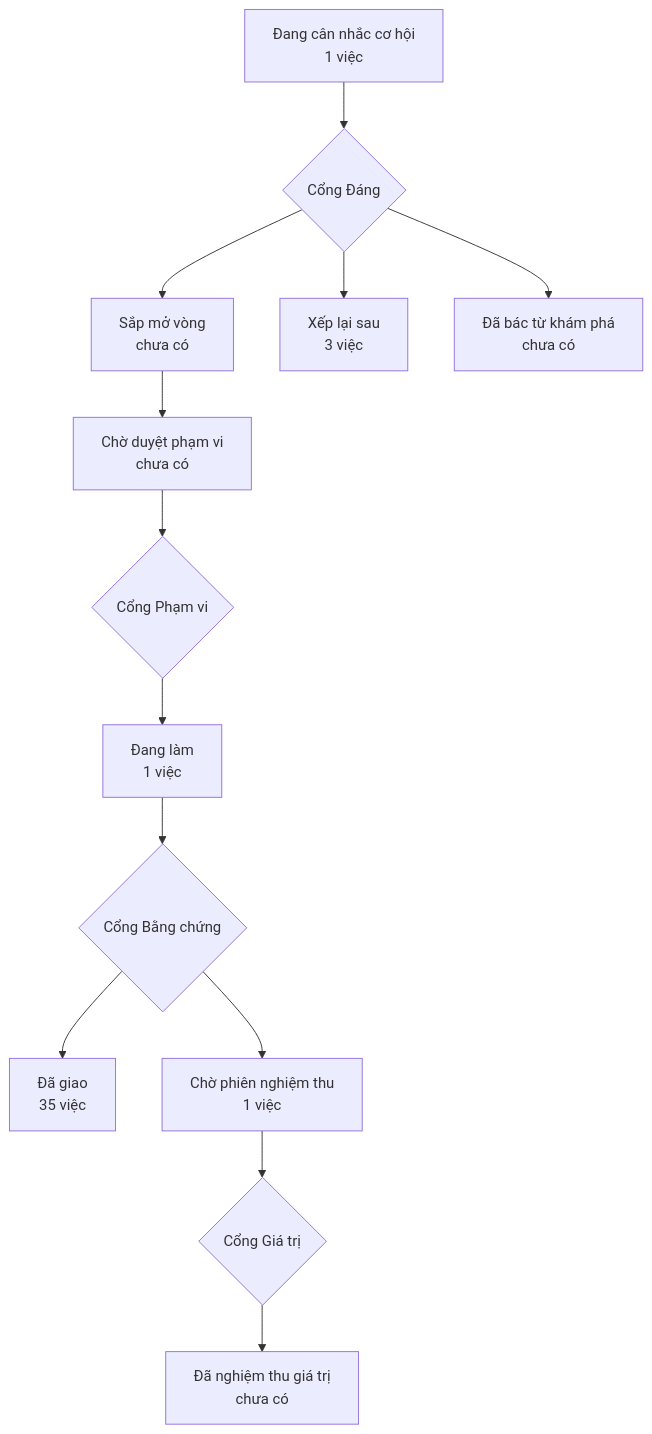
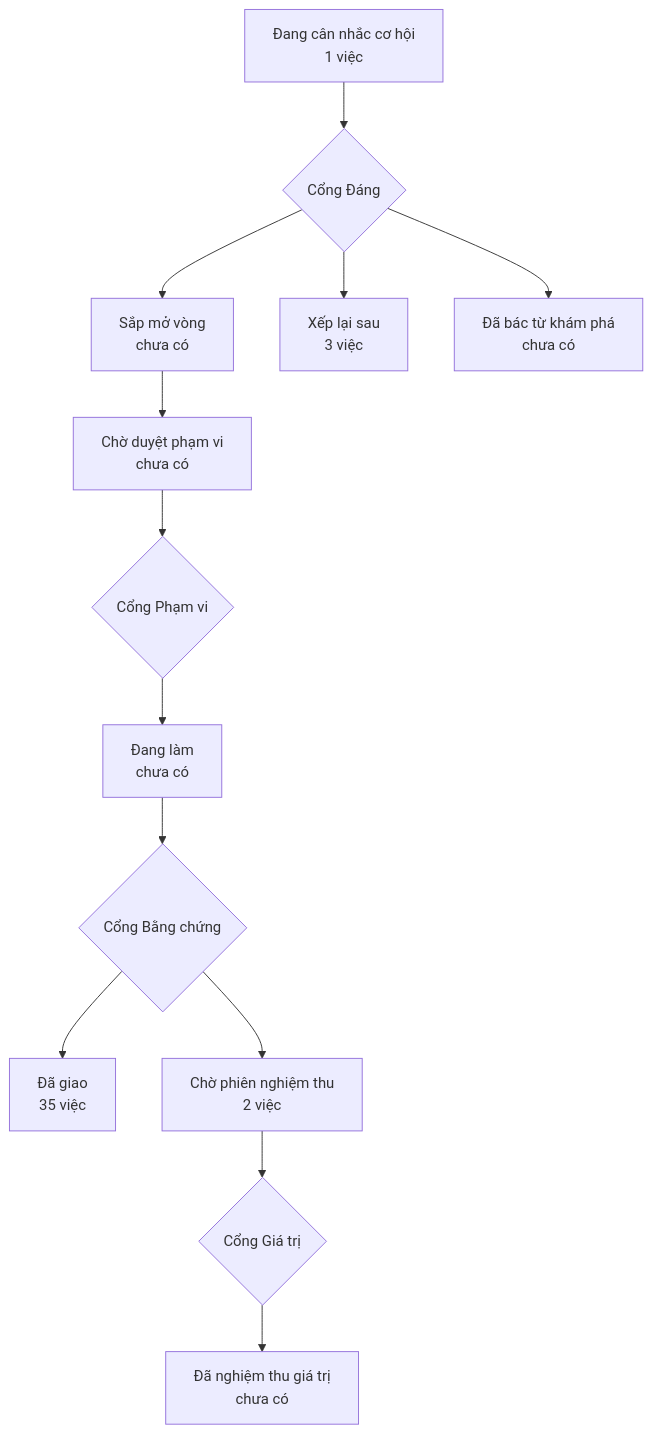
The diagram in PRODUCT-MAP.md (phanlemanh/OneFlow), drawn with Mermaid before and after one commit. The commit also changed 8 other files, not shown here.

````diff
--- a/PRODUCT-MAP.md
+++ b/PRODUCT-MAP.md
@@ -6,12 +6,12 @@
 ```mermaid
 flowchart TD
   A["Đang cân nhắc cơ hội<br/>1 việc"] --> GD{"Cổng Đáng"}
   GD --> B["Sắp mở vòng<br/>chưa có"]
   GD --> XL["Xếp lại sau<br/>3 việc"]
   GD --> DB["Đã bác từ khám phá<br/>chưa có"]
   B --> CD["Chờ duyệt phạm vi<br/>chưa có"] --> GP{"Cổng Phạm vi"}
-  GP --> DL["Đang làm<br/>1 việc"] --> GB{"Cổng Bằng chứng"}
+  GP --> DL["Đang làm<br/>chưa có"] --> GB{"Cổng Bằng chứng"}
   GB --> DG["Đã giao<br/>35 việc"]
-  GB --> CN["Chờ phiên nghiệm thu<br/>1 việc"] --> GG{"Cổng Giá trị"}
+  GB --> CN["Chờ phiên nghiệm thu<br/>2 việc"] --> GG{"Cổng Giá trị"}
   GG --> NT["Đã nghiệm thu giá trị<br/>chưa có"]
 ```
````
